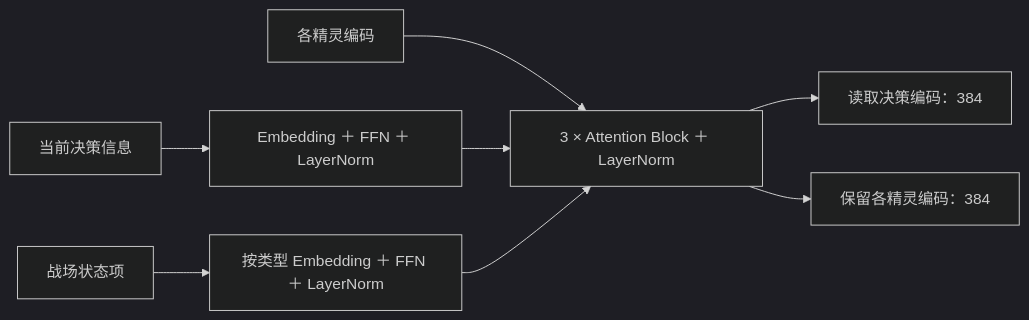
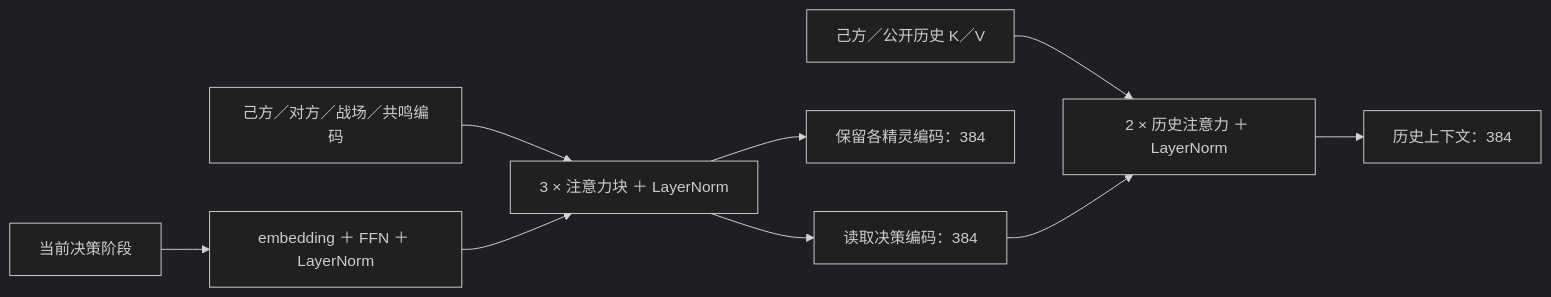
One commit to GroundbreakerLhy/Alpha-Roco changed the second of 5 diagrams in MODEL_DESIGN.md. Above: the diagram before and after it, drawn with Mermaid (dark theme). The commit also changed other lines of this file and 41 other files, not shown here.

````diff
--- a/MODEL_DESIGN.md
+++ b/MODEL_DESIGN.md
@@ -81,10 +134,11 @@
 ```mermaid
 flowchart LR
-    D["当前决策信息"] --> DE["Embedding ＋ FFN ＋ LayerNorm"]
-    S["战场状态项"] --> SE["按类型 Embedding ＋ FFN ＋ LayerNorm"]
-    P["各精灵编码"] --> A["3 × Attention Block ＋ LayerNorm"]
+    D["当前决策阶段"] --> DE["embedding ＋ FFN ＋ LayerNorm"]
+    P["己方／对方／战场／共鸣编码"] --> A["3 × 注意力块 ＋ LayerNorm"]
     DE --> A
-    SE --> A
     A --> Q["读取决策编码：384"]
     A --> PE["保留各精灵编码：384"]
+    H["己方／公开历史 K／V"] --> HA["2 × 历史注意力 ＋ LayerNorm"]
+    Q --> HA
+    HA --> HC["历史上下文：384"]
 ```
````
